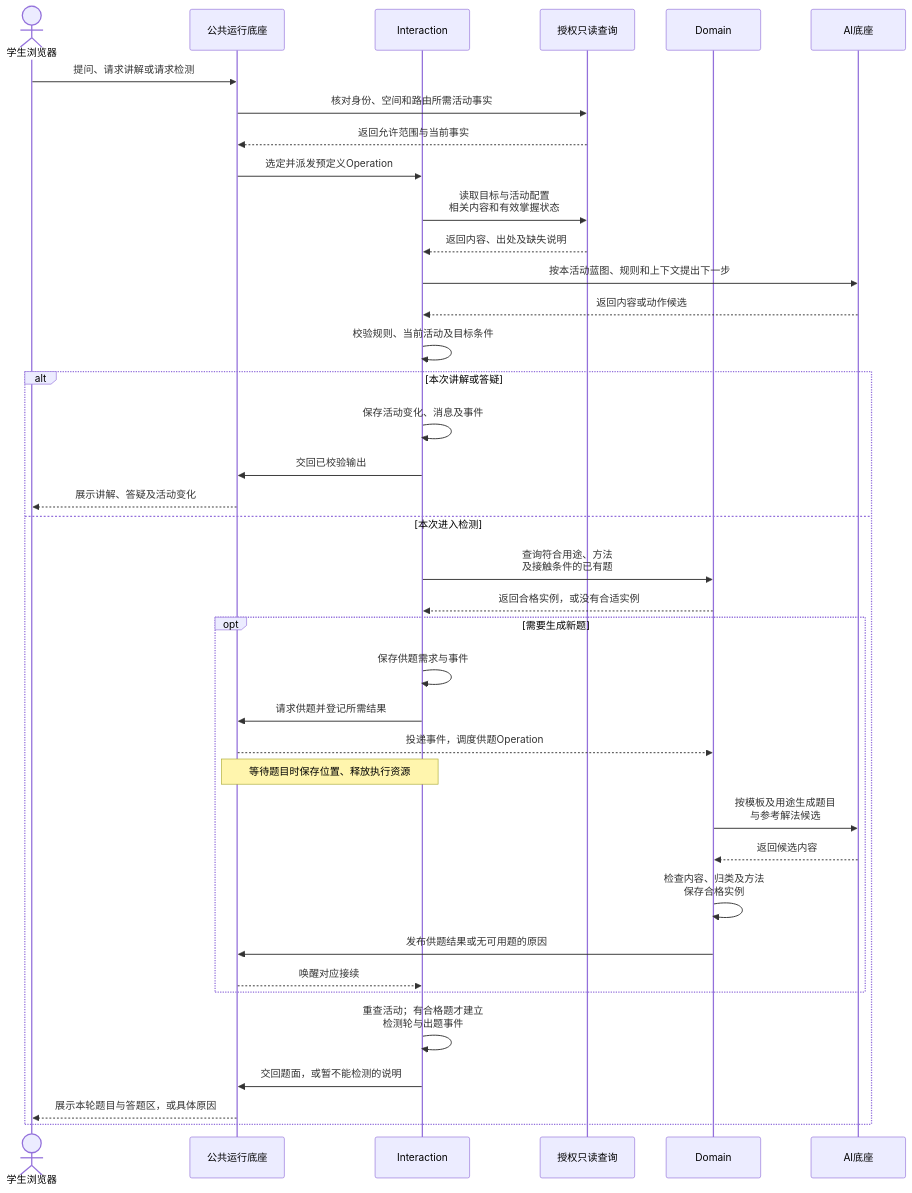
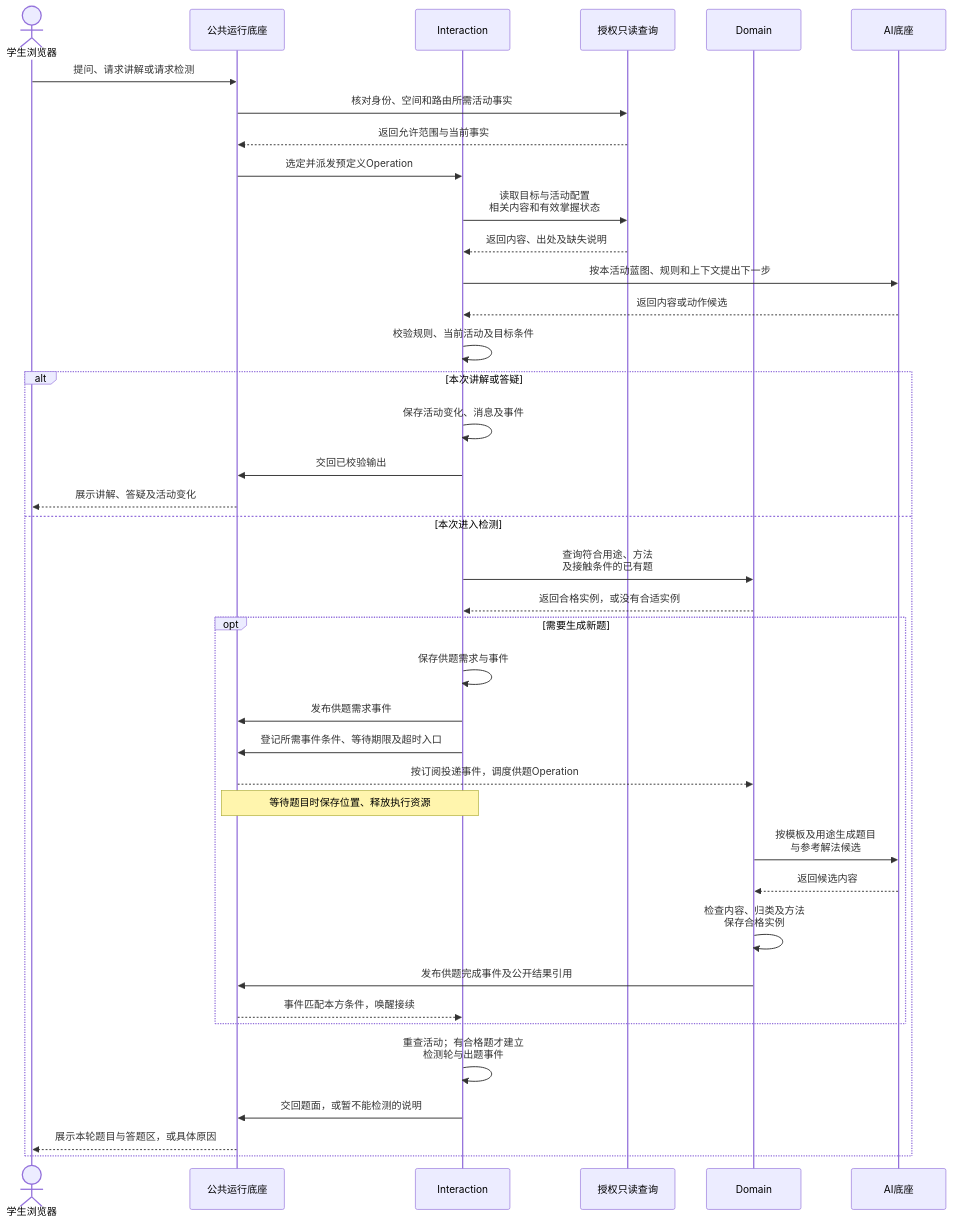
One commit to ivgotcrazy/deermind changed the sixth of 10 diagrams in doc/mvp/m1/engineering/System_Design.md. Above: the diagram before and after it, drawn with Mermaid. The commit also changed other lines of this file and 13 other files, not shown here.

````diff
--- a/doc/mvp/m1/engineering/System_Design.md
+++ b/doc/mvp/m1/engineering/System_Design.md
@@ -309,40 +344,41 @@
 ```mermaid
 sequenceDiagram
   actor S as 学生浏览器
   participant R as 公共运行底座
   participant I as Interaction
   participant Q as 授权只读查询
   participant D as Domain
   participant AI as AI底座
   S->>R: 提问、请求讲解或请求检测
   R->>Q: 核对身份、空间和路由所需活动事实
   Q-->>R: 返回允许范围与当前事实
   R->>I: 选定并派发预定义Operation
   I->>Q: 读取目标与活动配置<br/>相关内容和有效掌握状态
   Q-->>I: 返回内容、出处及缺失说明
   I->>AI: 按本活动蓝图、规则和上下文提出下一步
   AI-->>I: 返回内容或动作候选
   I->>I: 校验规则、当前活动及目标条件
   alt 本次讲解或答疑
     I->>I: 保存活动变化、消息及事件
     I->>R: 交回已校验输出
     R-->>S: 展示讲解、答疑及活动变化
   else 本次进入检测
     I->>D: 查询符合用途、方法<br/>及接触条件的已有题
     D-->>I: 返回合格实例，或没有合适实例
     opt 需要生成新题
       I->>I: 保存供题需求与事件
-      I->>R: 请求供题并登记所需结果
-      R-->>D: 投递事件，调度供题Operation
+      I->>R: 发布供题需求事件
+      I->>R: 登记所需事件条件、等待期限及超时入口
+      R-->>D: 按订阅投递事件，调度供题Operation
       Note over I,R: 等待题目时保存位置、释放执行资源
       D->>AI: 按模板及用途生成题目<br/>与参考解法候选
       AI-->>D: 返回候选内容
       D->>D: 检查内容、归类及方法<br/>保存合格实例
-      D->>R: 发布供题结果或无可用题的原因
-      R-->>I: 唤醒对应接续
+      D->>R: 发布供题完成事件及公开结果引用
+      R-->>I: 事件匹配本方条件，唤醒接续
     end
     I->>I: 重查活动；有合格题才建立<br/>检测轮与出题事件
     I->>R: 交回题面，或暂不能检测的说明
     R-->>S: 展示本轮题目与答题区，或具体原因
   end
 ```
````
